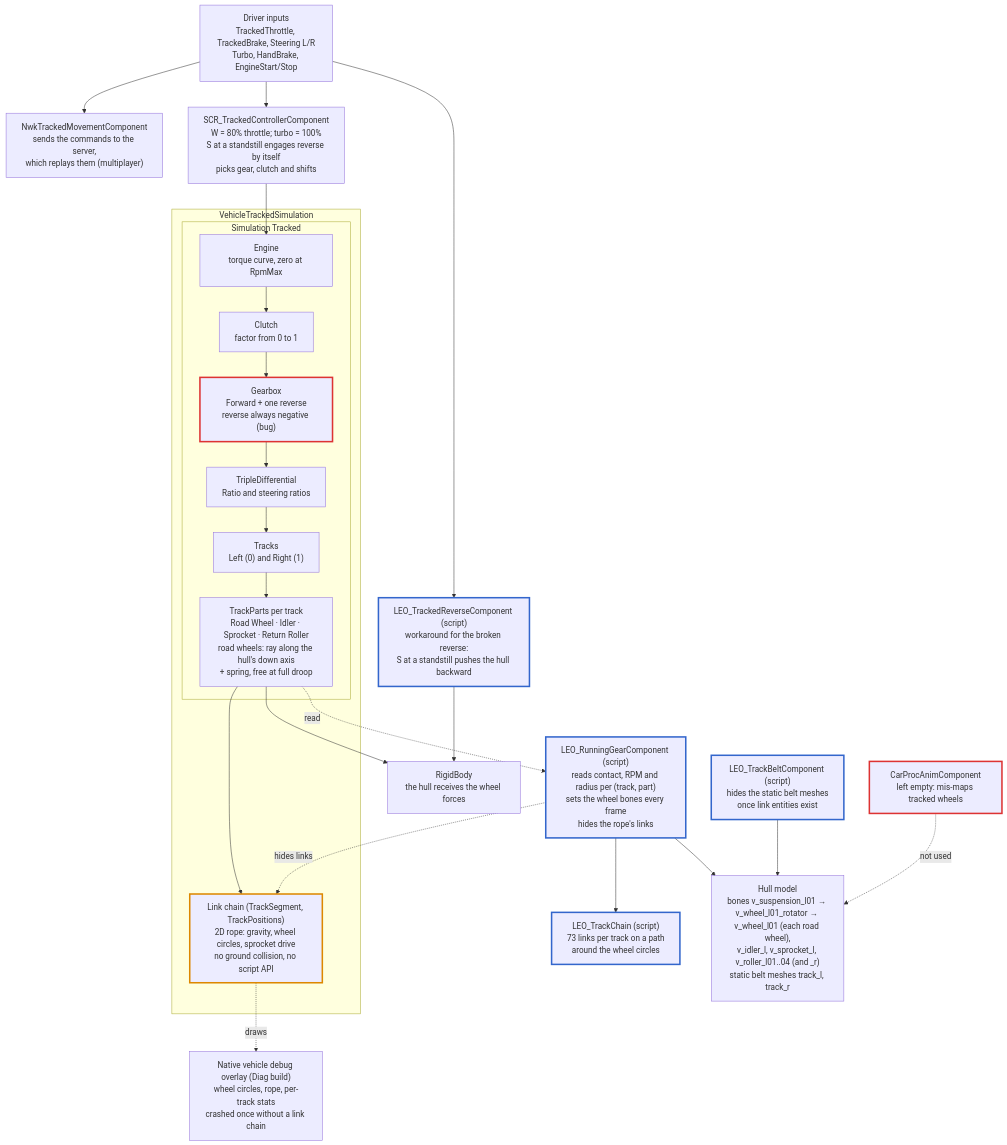
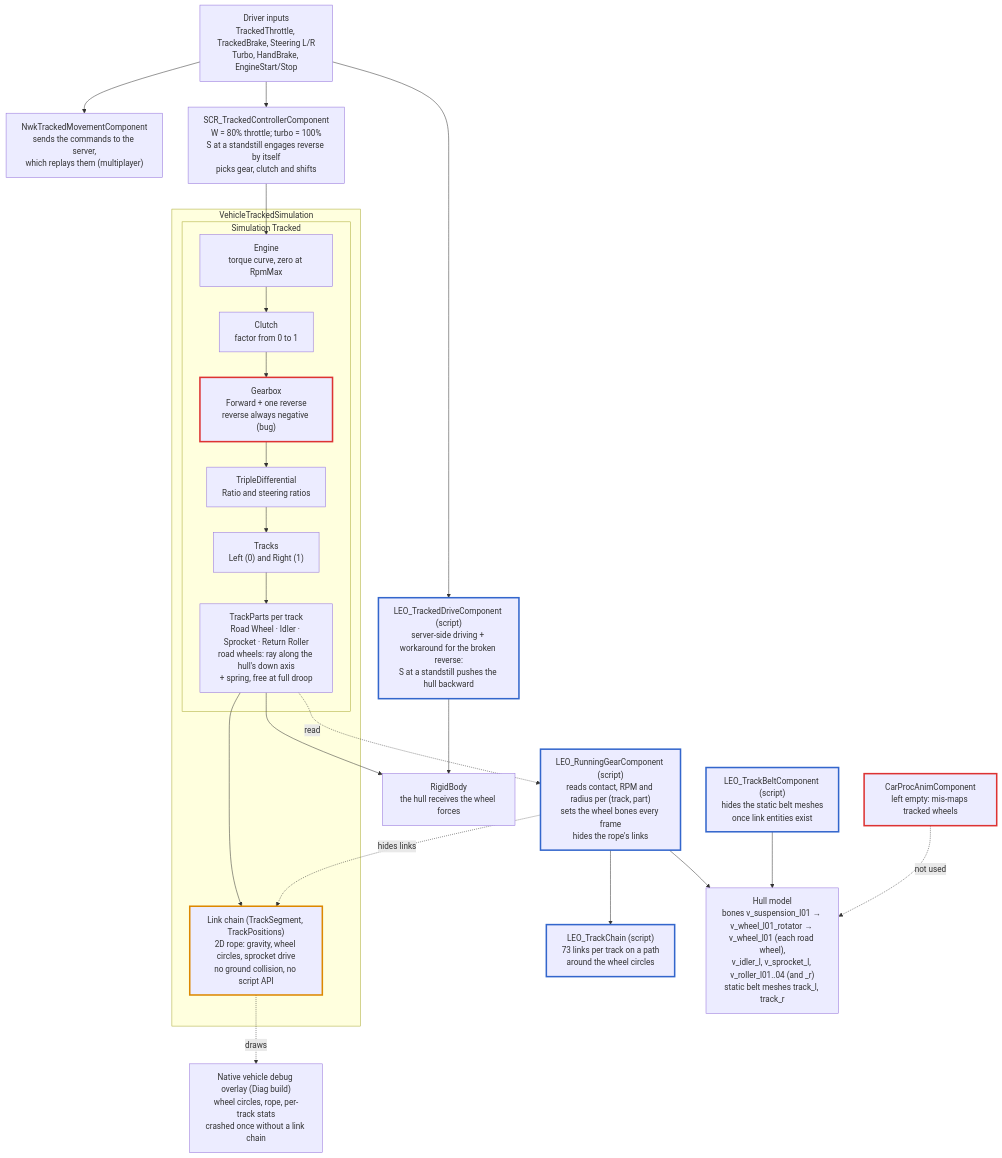
The diagram in docs/en/02-architecture.md (Kiichiuwu/arma-reforger-tracked-vehicle-guide), drawn with Mermaid before and after one commit. The commit also changed other lines of this file and 31 other files, not shown here.

First line of the commit message:
Kiichi Tracked System, server-driven vanilla and 1.9 Experimental

````diff
--- a/docs/en/02-architecture.md
+++ b/docs/en/02-architecture.md
@@ -7,44 +7,44 @@
 ```mermaid
 flowchart TD
   IN["Driver inputs<br/>TrackedThrottle, TrackedBrake, Steering L/R<br/>Turbo, HandBrake, EngineStart/Stop"]
   NWK["NwkTrackedMovementComponent<br/>sends the commands to the server,<br/>which replays them (multiplayer)"]
   CTL["SCR_TrackedControllerComponent<br/>W = 80% throttle; turbo = 100%<br/>S at a standstill engages reverse by itself<br/>picks gear, clutch and shifts"]
-  REV["LEO_TrackedReverseComponent (script)<br/>workaround for the broken reverse:<br/>S at a standstill pushes the hull backward"]
+  REV["LEO_TrackedDriveComponent (script)<br/>server-side driving + workaround for the broken reverse:<br/>S at a standstill pushes the hull backward"]
   subgraph VTS["VehicleTrackedSimulation"]
     subgraph SIM["Simulation Tracked"]
       ENG["Engine<br/>torque curve, zero at RpmMax"] --> CLU["Clutch<br/>factor from 0 to 1"]
       CLU --> GBX["Gearbox<br/>Forward + one reverse<br/>reverse always negative (bug)"]
       GBX --> DIF["TripleDifferential<br/>Ratio and steering ratios"]
       DIF --> TRK["Tracks<br/>Left (0) and Right (1)"]
       TRK --> WHL["TrackParts per track<br/>Road Wheel · Idler · Sprocket · Return Roller<br/>road wheels: ray along the hull's down axis<br/>+ spring, free at full droop"]
     end
     CHN["Link chain (TrackSegment, TrackPositions)<br/>2D rope: gravity, wheel circles, sprocket drive<br/>no ground collision, no script API"]
   end
   RB["RigidBody<br/>the hull receives the wheel forces"]
   CPA["CarProcAnimComponent<br/>left empty: mis-maps tracked wheels"]
   GEAR["LEO_RunningGearComponent (script)<br/>reads contact, RPM and radius per (track, part)<br/>sets the wheel bones every frame<br/>hides the rope's links"]
   LCH["LEO_TrackChain (script)<br/>73 links per track on a path<br/>around the wheel circles"]
   BELT["LEO_TrackBeltComponent (script)<br/>hides the static belt meshes<br/>once link entities exist"]
   HULL["Hull model<br/>bones v_suspension_l01 → v_wheel_l01_rotator → v_wheel_l01 (each road wheel),<br/>v_idler_l, v_sprocket_l, v_roller_l01..04 (and _r)<br/>static belt meshes track_l, track_r"]
   DBG["Native vehicle debug overlay (Diag build)<br/>wheel circles, rope, per-track stats<br/>crashed once without a link chain"]
   IN --> CTL
   CTL --> ENG
   IN --> NWK
   IN --> REV
   WHL --> RB
   REV --> RB
   WHL --> CHN
   WHL -. read .-> GEAR
   GEAR --> HULL
   GEAR --> LCH
   GEAR -. hides links .-> CHN
   BELT --> HULL
   CPA -. not used .-> HULL
   CHN -. draws .-> DBG
   classDef bug stroke:#d33,stroke-width:3px
   classDef warn stroke:#d80,stroke-width:3px
   classDef fix stroke:#36c,stroke-width:3px
   class GBX,CPA bug
   class CHN warn
   class REV,GEAR,LCH,BELT fix
 ```
````
